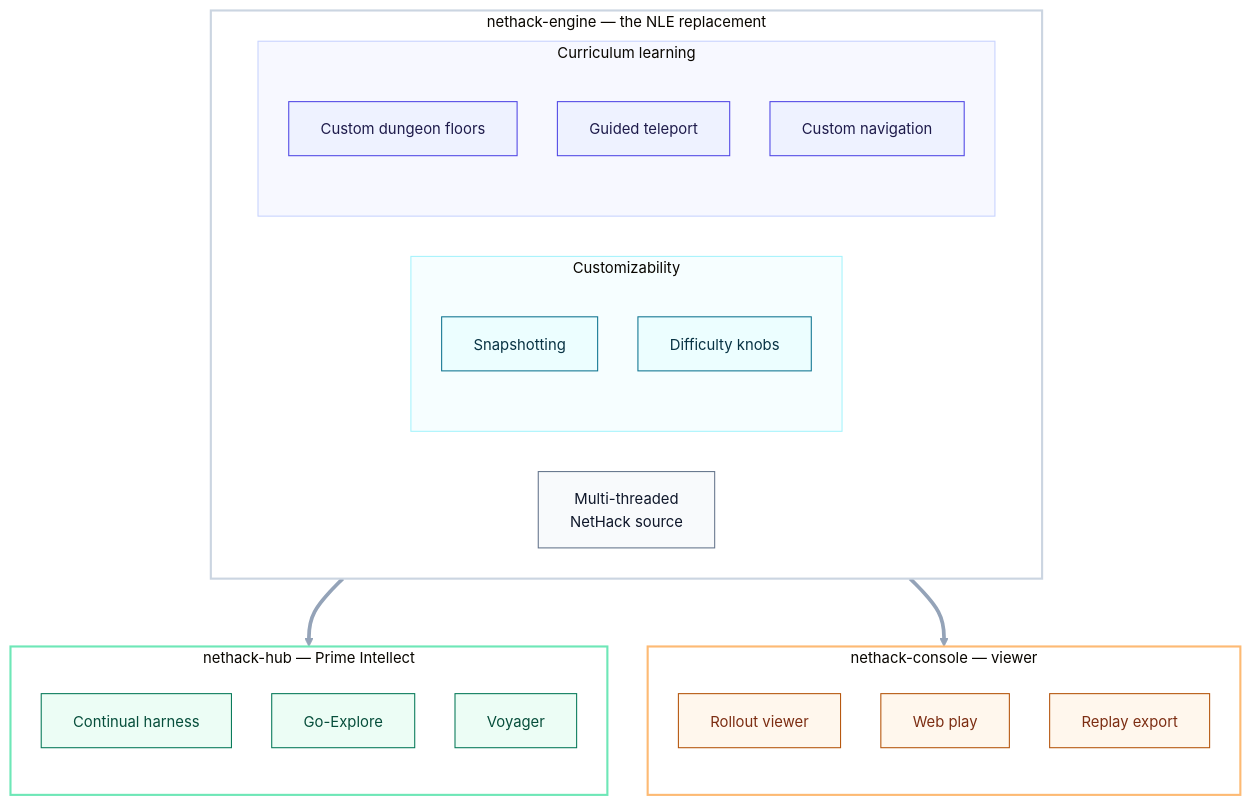
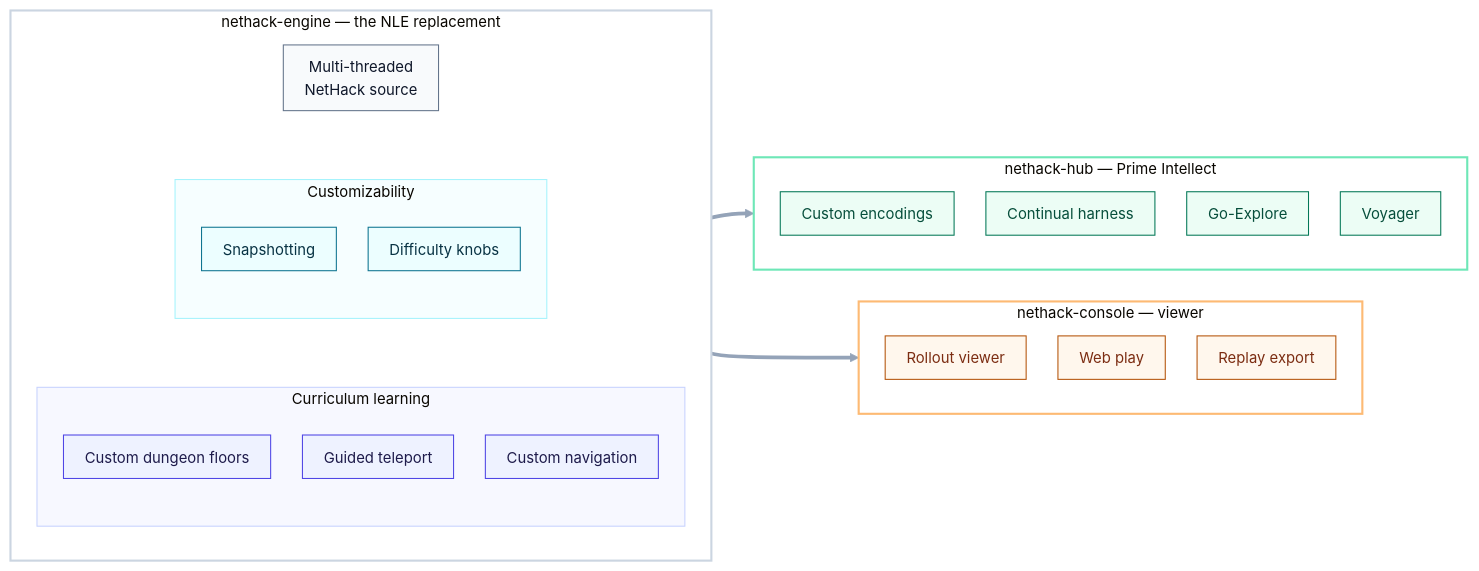
The diagram in docs/ARCHITECTURE.md (liujonathan24/NetHack-hub), drawn with Mermaid before and after one commit. The commit also changed other lines of this file, not shown here.

First line of the commit message:
docs: reverse engine to a top-down growing stack + add Custom encodings to hub

````diff
--- a/docs/ARCHITECTURE.md
+++ b/docs/ARCHITECTURE.md
@@ -8,47 +8,50 @@
 ```mermaid
-%%{init: {'theme':'base','themeVariables':{'fontFamily':'Inter, ui-sans-serif, system-ui, sans-serif','fontSize':'14px','lineColor':'#94a3b8'},'flowchart':{'curve':'basis','htmlLabels':true,'nodeSpacing':38,'rankSpacing':64}}}%%
-flowchart TB
+%%{init: {'theme':'base','themeVariables':{'fontFamily':'Inter, ui-sans-serif, system-ui, sans-serif','fontSize':'14px','lineColor':'#94a3b8'},'flowchart':{'curve':'basis','htmlLabels':true,'nodeSpacing':30,'rankSpacing':40,'padding':10}}}%%
+flowchart LR
   subgraph ENGINE["nethack-engine — the NLE replacement"]
-    direction LR
+    direction TB
     SRC["Multi-threaded<br/>NetHack source"]:::src
     subgraph CUST["Customizability"]
       direction TB
       S1["Snapshotting"]:::cust
       S2["Difficulty knobs"]:::cust
     end
     subgraph CURR["Curriculum learning"]
       direction TB
       C1["Custom dungeon floors"]:::curr
       C2["Guided teleport"]:::curr
       C3["Custom navigation"]:::curr
     end
+    SRC ~~~ CUST
+    CUST ~~~ CURR
   end
 
   subgraph HUB["nethack-hub — Prime Intellect"]
     direction TB
+    H0["Custom encodings"]:::hub
     H1["Continual harness"]:::hub
     H2["Go-Explore"]:::hub
     H3["Voyager"]:::hub
   end
 
   subgraph CONSOLE["nethack-console — viewer"]
     direction TB
     V1["Rollout viewer"]:::con
     V2["Web play"]:::con
     V3["Replay export"]:::con
   end
 
   ENGINE ==> HUB
   ENGINE ==> CONSOLE
 
   classDef src  fill:#f8fafc,stroke:#64748b,color:#0f172a;
   classDef cust fill:#ecfeff,stroke:#0e7490,color:#083344;
   classDef curr fill:#eef2ff,stroke:#4f46e5,color:#1e1b4b;
   classDef hub  fill:#ecfdf5,stroke:#047857,color:#064e3b;
   classDef con  fill:#fff7ed,stroke:#b45309,color:#7c2d12;
   style ENGINE  fill:#ffffff,stroke:#cbd5e1,stroke-width:2px;
   style CUST    fill:#f6feff,stroke:#a5f3fc;
   style CURR    fill:#f7f8ff,stroke:#c7d2fe;
   style HUB     fill:#ffffff,stroke:#6ee7b7,stroke-width:2px;
   style CONSOLE fill:#ffffff,stroke:#fdba74,stroke-width:2px;
 ```
````
